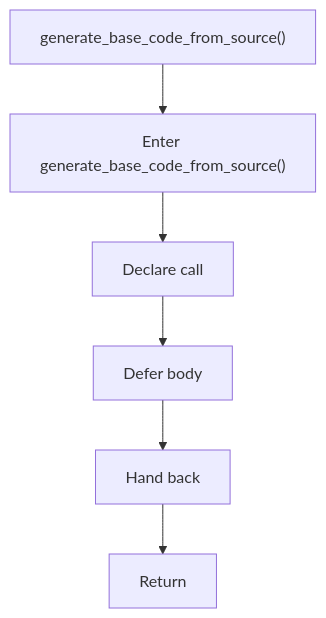
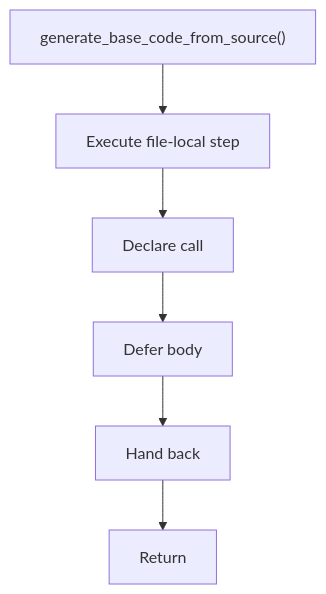
Before and after one commit to JohnAndrewBalbarosa/NeoTerritory: the fourth of 6 diagrams in docs/Codebase/Microservice/Modules/Header/SyntacticBrokenAST/Trees/Shared/code_generator.hpp.md, drawn with Mermaid. The commit also changed other lines of this file and 925 other files, not shown here.

````diff
--- a/docs/Codebase/Microservice/Modules/Header/SyntacticBrokenAST/Trees/Shared/code_generator.hpp.md
+++ b/docs/Codebase/Microservice/Modules/Header/SyntacticBrokenAST/Trees/Shared/code_generator.hpp.md
@@ -132,14 +131,14 @@
 ```mermaid
 flowchart TD
     Start["generate_base_code_from_source()"]
-    N0["Enter generate_base_code_from_source()"]
+    N0["Execute file-local step"]
     N1["Declare call"]
     N2["Defer body"]
     N3["Hand back"]
     End["Return"]
     Start --> N0
     N0 --> N1
     N1 --> N2
     N2 --> N3
     N3 --> End
 ```
````
